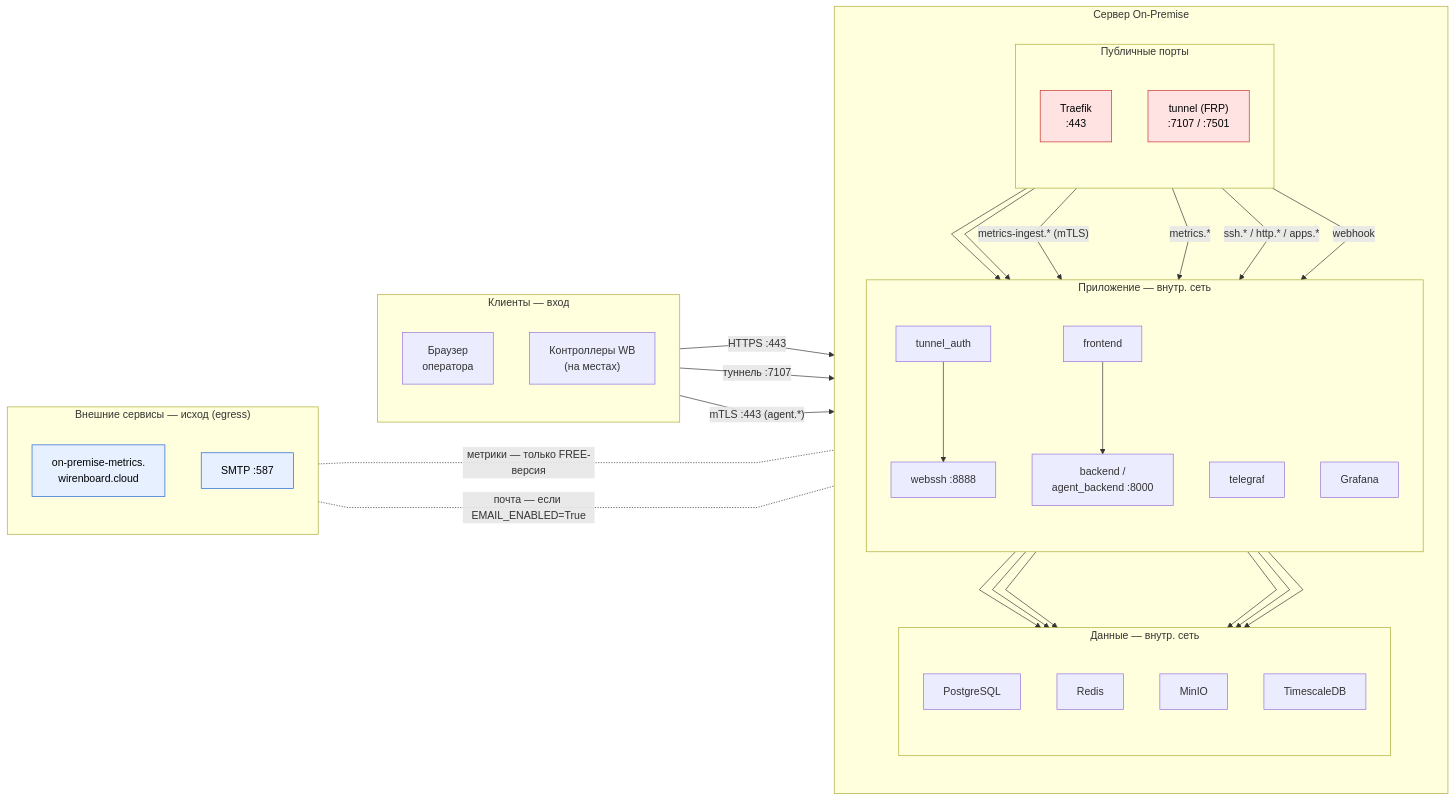
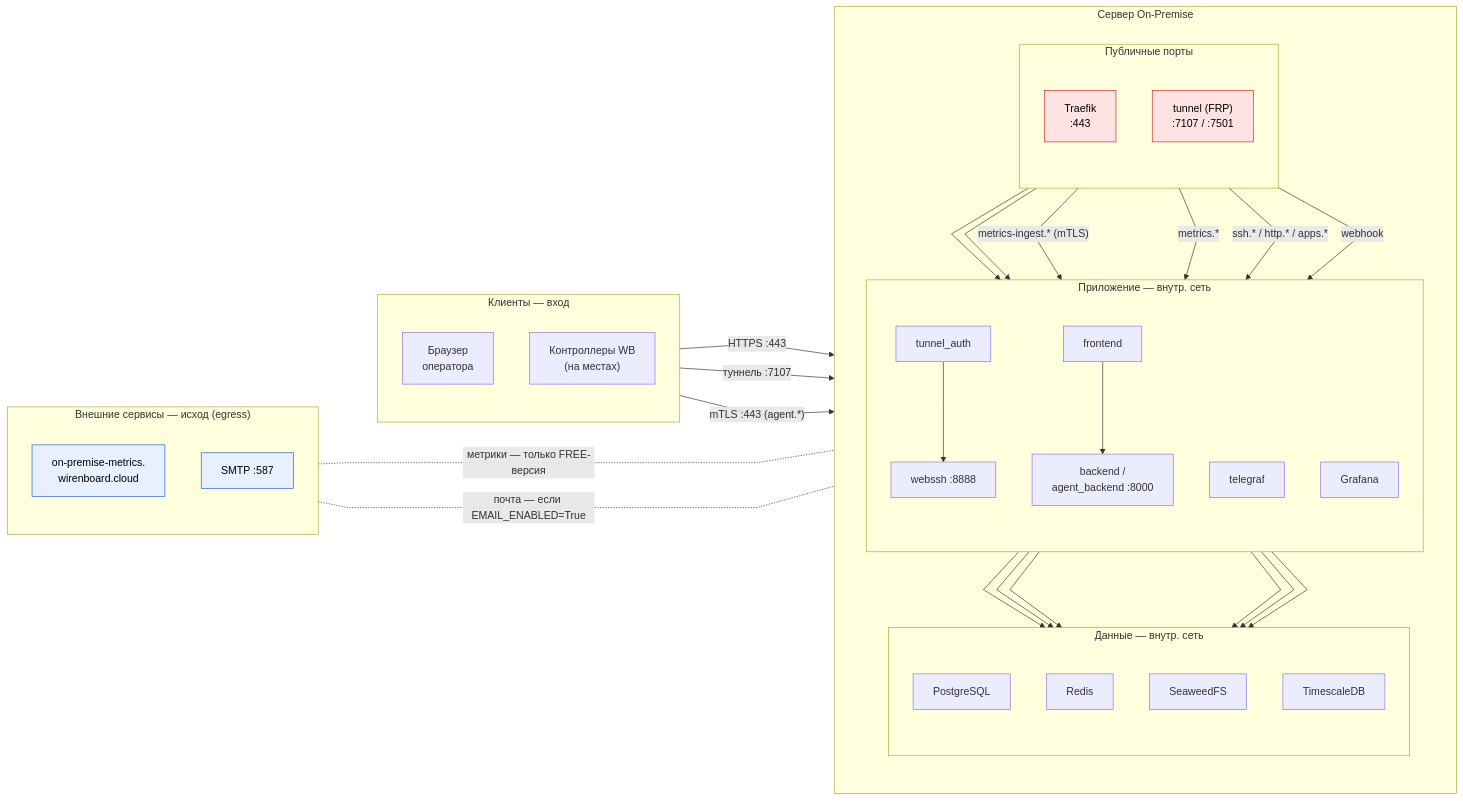
The diagram in doc/SECURITY_NETWORK.md (wirenboard/cloud-on-premise), drawn with Mermaid before and after one commit. The commit also changed other lines of this file and 6 other files, not shown here.

````diff
--- a/doc/SECURITY_NETWORK.md
+++ b/doc/SECURITY_NETWORK.md
@@ -65,69 +65,69 @@
 ```mermaid
 %%{init: {"flowchart": {"curve": "linear", "nodeSpacing": 55, "rankSpacing": 90}} }%%
 flowchart LR
     subgraph ext["Внешние сервисы — исход (egress)"]
         direction TB
         wbcloud["on-premise-metrics.<br/>wirenboard.cloud"]
         smtp["SMTP :587"]
     end
 
     subgraph clients["Клиенты — вход"]
         direction TB
         browser["Браузер<br/>оператора"]
         ctrl["Контроллеры WB<br/>(на местах)"]
     end
 
     subgraph host["Сервер On-Premise"]
         direction TB
         subgraph edge["Публичные порты"]
             direction TB
             traefik["Traefik<br/>:443"]
             tunnel["tunnel (FRP)<br/>:7107 / :7501"]
         end
         subgraph app["Приложение — внутр. сеть"]
             direction TB
             frontend["frontend"]
             backend["backend /<br/>agent_backend :8000"]
             tunnel_auth["tunnel_auth"]
             webssh["webssh :8888"]
             telegraf["telegraf"]
             grafana["Grafana"]
         end
         subgraph data["Данные — внутр. сеть"]
             direction TB
             pg["PostgreSQL"]
             redis["Redis"]
-            minio["MinIO"]
+            seaweedfs["SeaweedFS"]
             timescale["TimescaleDB"]
         end
     end
 
     %% невидимые якоря: egress-блок слева, над блоком клиентов
     wbcloud ~~~ browser
     smtp ~~~ ctrl
 
     browser -->|"HTTPS :443"| traefik
     ctrl -->|"туннель :7107"| tunnel
     ctrl -->|"mTLS :443 (agent.*)"| traefik
     traefik --> frontend
     traefik --> backend
     traefik -->|"metrics-ingest.* (mTLS)"| telegraf
     traefik -->|"metrics.*"| grafana
     traefik -->|"ssh.* / http.* / apps.*"| tunnel_auth
     tunnel_auth --> webssh
     frontend --> backend
     tunnel -->|webhook| backend
     telegraf --> timescale
     grafana --> timescale
     backend --> pg
     backend --> redis
-    backend --> minio
+    backend --> seaweedfs
     backend --> timescale
     wbcloud <-.-|"метрики — только FREE-версия"| backend
     smtp <-.-|"почта — если EMAIL_ENABLED=True"| backend
 
     classDef pub fill:#ffe3e3,stroke:#c92a2a,color:#000;
     classDef extn fill:#e7f0ff,stroke:#1c5fd6,color:#000;
     class traefik,tunnel pub;
     class wbcloud,smtp extn;
 ```
````
